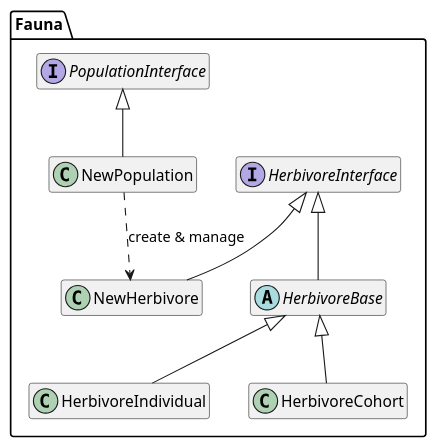
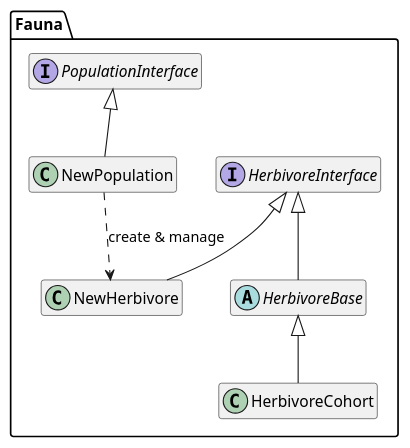
One commit to wtraylor/modular_megafauna_model changed the tenth of 13 diagrams in docs/diagrams.iuml. Above: the diagram before and after it, drawn with PlantUML. The commit also changed other lines of this file and 27 other files, not shown here.

```diff
--- a/docs/diagrams.iuml
+++ b/docs/diagrams.iuml
@@ -273,15 +268,14 @@
 @startuml (id=new_herbivore_type)
   namespace Fauna{
     hide members
     hide methods
     interface HerbivoreInterface
     abstract HerbivoreBase
     HerbivoreInterface  <|-- HerbivoreBase
-    HerbivoreBase       <|-- HerbivoreIndividual
     HerbivoreBase       <|-- HerbivoreCohort
     HerbivoreInterface  <|-- NewHerbivore
     interface PopulationInterface
     PopulationInterface <|-- NewPopulation
     NewPopulation        ..> NewHerbivore : create & manage
   }
 @enduml
```
